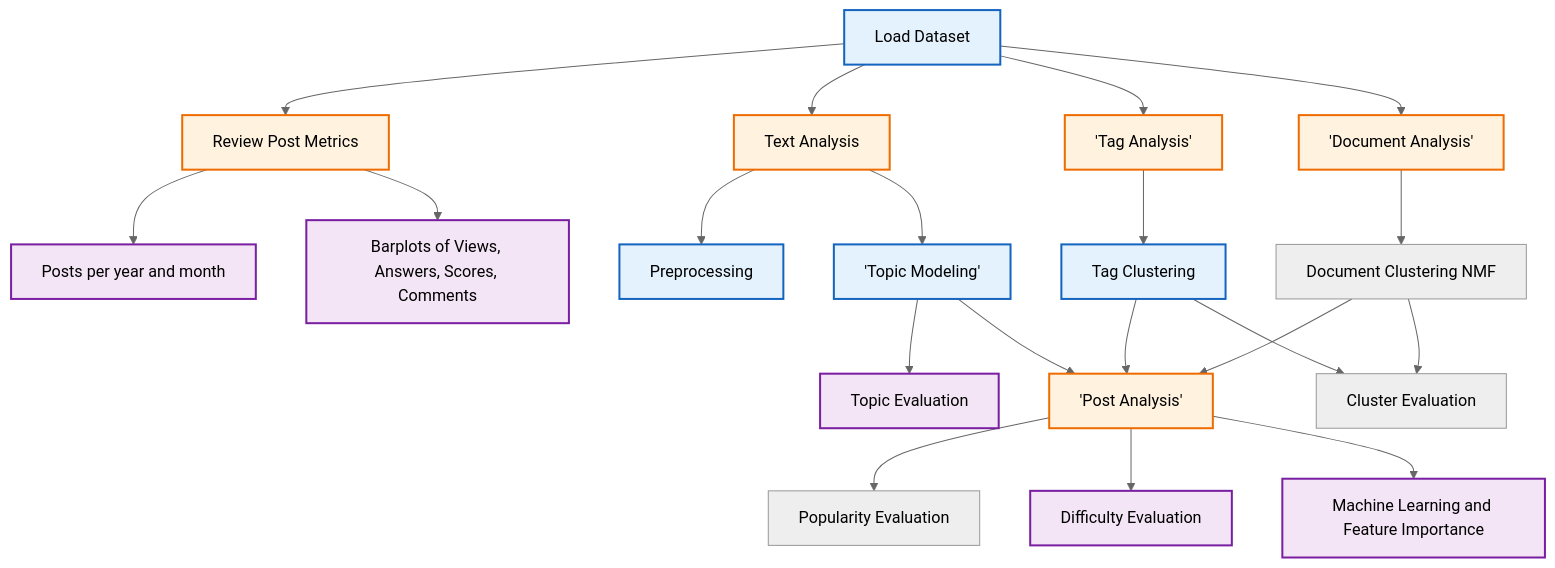
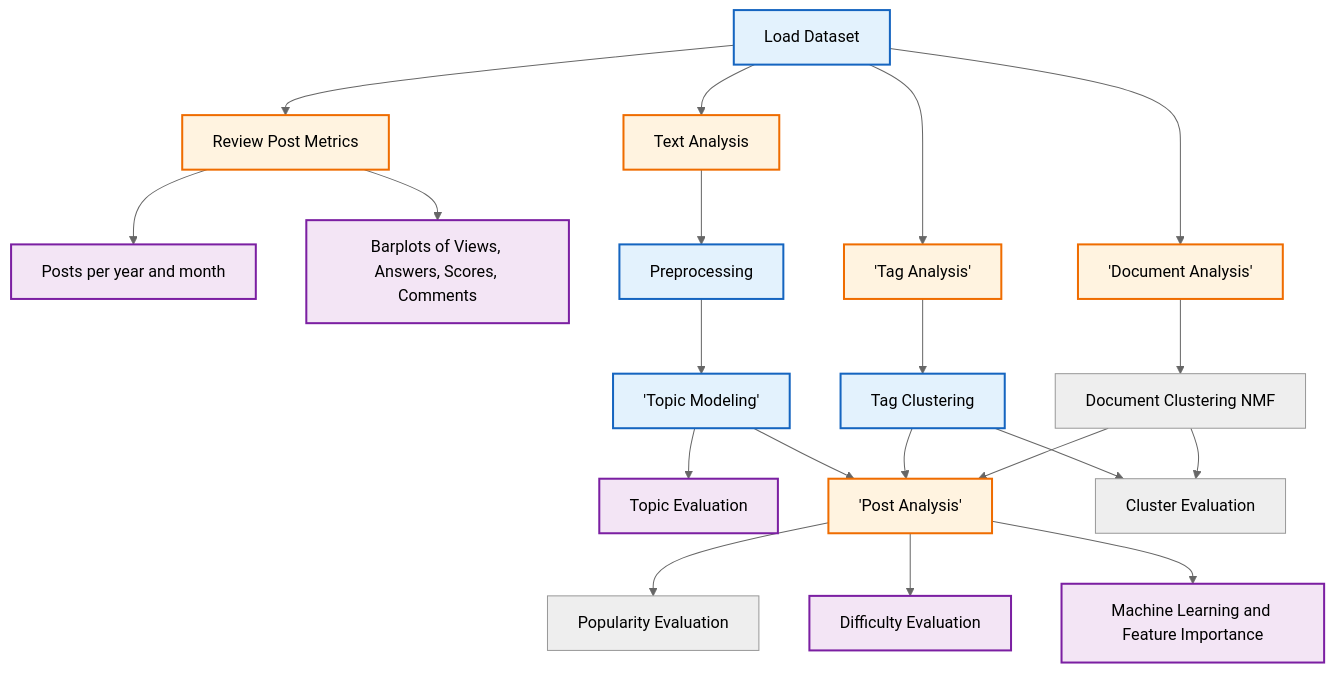
One commit to koncharman/Stack_exchange_questions_framework changed the diagram in README.md. Above: the diagram before and after it, drawn with Mermaid (neutral theme).

````diff
--- a/README.md
+++ b/README.md
@@ -25,37 +25,37 @@
 ```mermaid
 flowchart TD
     LD["Load Dataset"]
     LD --> RPM["Review Post Metrics"]
     
     RPM --> RPM_P["Posts per year and month"]
     RPM --> RPM_B["Barplots of Views, Answers, Scores, Comments"]
     
     LD --> TXT["Text Analysis"]
     TXT --> TXT_P["Preprocessing"]
-    TXT --> TXT_T['Topic Modeling']
+    TXT_P --> TXT_T['Topic Modeling']
     TXT_T --> TXT_E["Topic Evaluation"]
     TXT_T --> PO['Post Analysis']
     
     LD --> TAG['Tag Analysis']
     TAG --> TAG_C["Tag Clustering"]
     TAG_C --> CEV["Cluster Evaluation"]
     TAG_C --> PO
     
     LD --> DC['Document Analysis']
     DC --> DC_C["Document Clustering NMF"]
     DC_C --> CEV
     DC_C --> PO
     
     PO --> POP["Popularity Evaluation"]
     PO --> DIF["Difficulty Evaluation"]
     PO --> FET["Machine Learning and Feature Importance"]
     
     classDef in fill:#e3f2fd,stroke:#1565c0,stroke-width:2px;
     classDef out fill:#f3e5f5,stroke:#7b1fa2,stroke-width:2px;
     classDef sel fill:#fff3e0,stroke:#ef6c00,stroke-width:2px;
 
     class LD,TXT_P,TXT_T,TAG_C,DC in;
     class RPM_P,RPM_B,PO,DIF,FET,TXT_E,_TAG_E,DOC_E out;
     class RPM,TXT,PO,TAG,DC sel;
 
 ```
````
